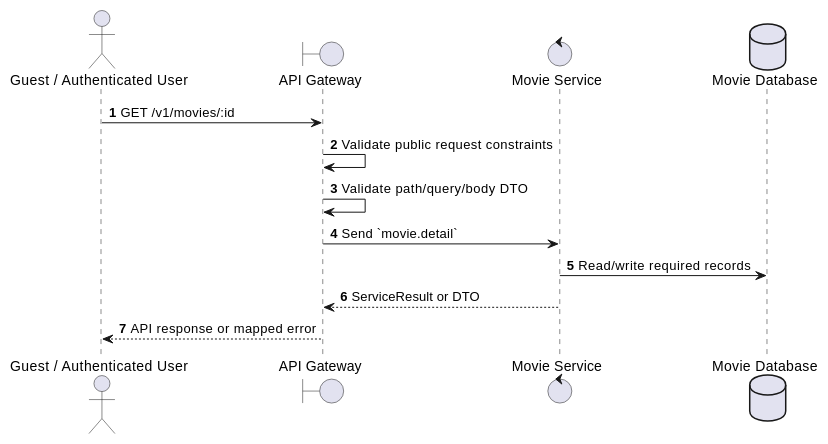
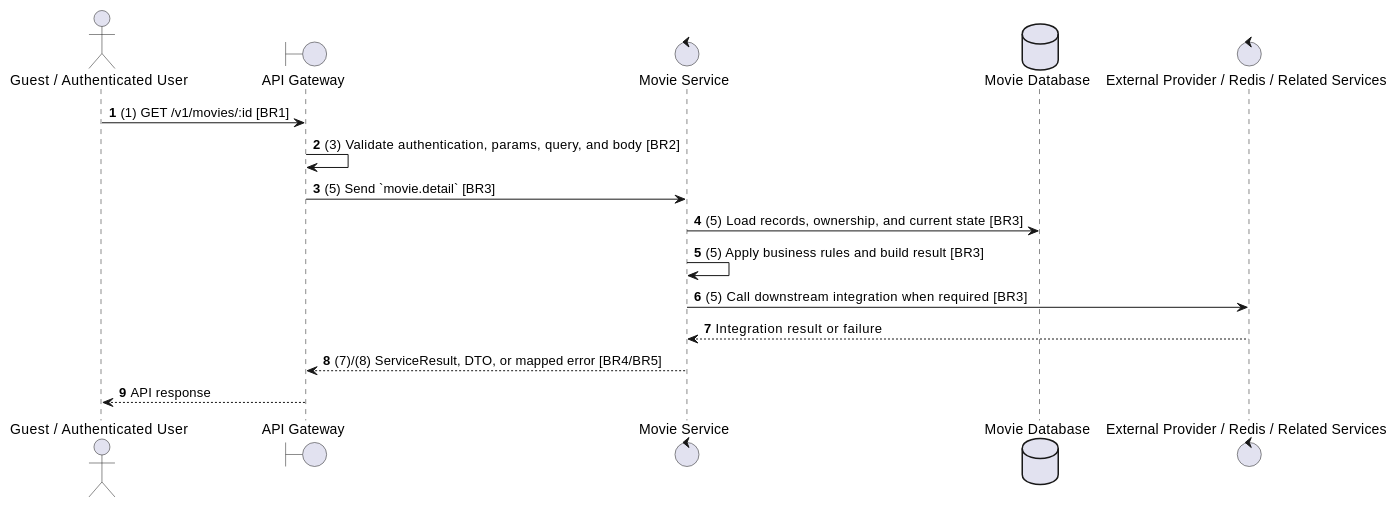
The second of 2 diagrams in docs/functional_specs/3.3.1_Movie_Catalog/MV-02_Get_Movie_Details.md (Tanh1603/movie-hub-architecture), drawn with PlantUML before and after one commit. The commit also changed other lines of this file and 129 other files, not shown here.

````diff
--- a/docs/functional_specs/3.3.1_Movie_Catalog/MV-02_Get_Movie_Details.md
+++ b/docs/functional_specs/3.3.1_Movie_Catalog/MV-02_Get_Movie_Details.md
@@ -17,17 +64,20 @@
 ```plantuml
 @startuml
 autonumber
 actor "Guest / Authenticated User" as Actor
 boundary "API Gateway" as GW
 control "Movie Service" as SVC
 database "Movie Database" as DB
+control "External Provider / Redis / Related Services" as EXT
 
-Actor -> GW: GET /v1/movies/:id
-GW -> GW: Validate public request constraints
-GW -> GW: Validate path/query/body DTO
-GW -> SVC: Send `movie.detail`
-SVC -> DB: Read/write required records
-SVC --> GW: ServiceResult or DTO
-GW --> Actor: API response or mapped error
+Actor -> GW: (1) GET /v1/movies/:id [BR1]
+GW -> GW: (3) Validate authentication, params, query, and body [BR2]
+GW -> SVC: (5) Send `movie.detail` [BR3]
+SVC -> DB: (5) Load records, ownership, and current state [BR3]
+SVC -> SVC: (5) Apply business rules and build result [BR3]
+SVC -> EXT: (5) Call downstream integration when required [BR3]
+EXT --> SVC: Integration result or failure
+SVC --> GW: (7)/(8) ServiceResult, DTO, or mapped error [BR4/BR5]
+GW --> Actor: API response
 @enduml
 ```
````
